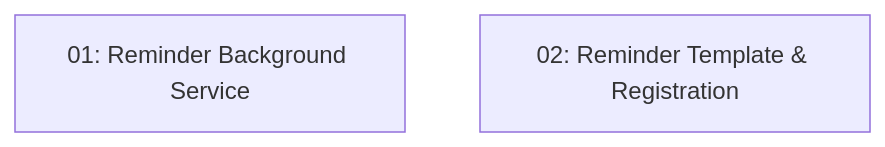
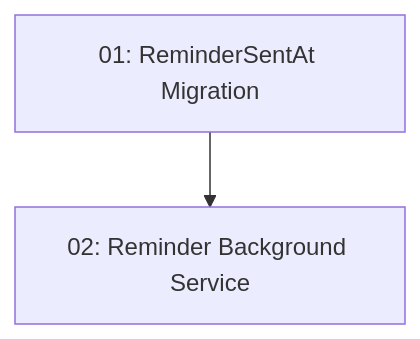
The diagram in .docs/features/story-022-24-hour-reminder-email/README.md (limitzero/tablenow), drawn with Mermaid before and after one commit. The commit also changed other lines of this file and 184 other files, not shown here.

````diff
--- a/.docs/features/story-022-24-hour-reminder-email/README.md
+++ b/.docs/features/story-022-24-hour-reminder-email/README.md
@@ -14,5 +15,6 @@
 ```mermaid
 graph TD
-    task-01["01: Reminder Background Service"]
-    task-02["02: Reminder Template & Registration"]
+    task-01-reminder-tracking-migration["01: ReminderSentAt Migration"]
+    task-02-reminder-background-service["02: Reminder Background Service"]
+    task-01-reminder-tracking-migration --> task-02-reminder-background-service
 ```
````
